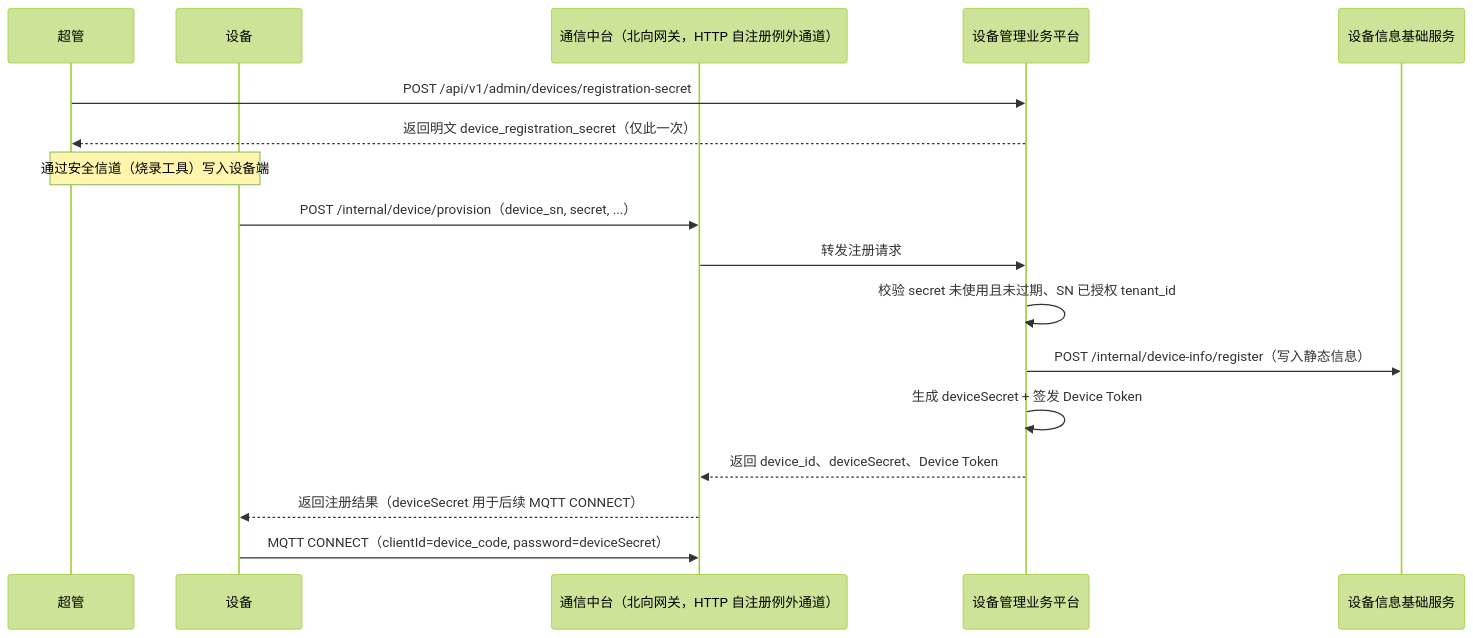
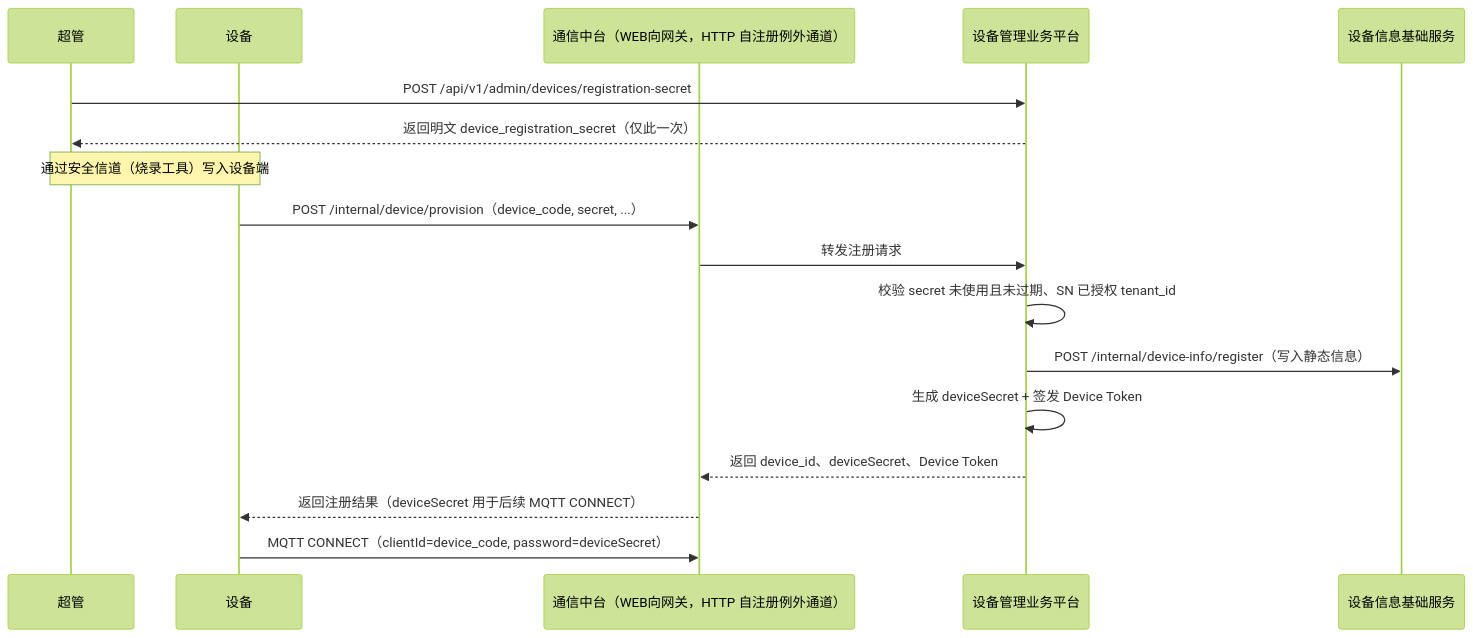
The second of 5 diagrams in docs/design/2026-07-08-device-foundation-detailed-design.md (zhenyue2021/realman), drawn with Mermaid (forest theme) before and after one commit. The commit also changed other lines of this file, not shown here.

Commit message:
Update device design document with new fields and APIs

````diff
--- a/docs/design/2026-07-08-device-foundation-detailed-design.md
+++ b/docs/design/2026-07-08-device-foundation-detailed-design.md
@@ -264,21 +265,21 @@
 ```mermaid
 sequenceDiagram
   participant Admin as 超管
   participant DEV as 设备
-  participant CH as 通信中台（北向网关，HTTP 自注册例外通道）
+  participant CH as 通信中台（WEB向网关，HTTP 自注册例外通道）
   participant MGMT as 设备管理业务平台
   participant SSOT as 设备信息基础服务
 
   Admin->>MGMT: POST /api/v1/admin/devices/registration-secret
   MGMT-->>Admin: 返回明文 device_registration_secret（仅此一次）
   Note over Admin,DEV: 通过安全信道（烧录工具）写入设备端
 
-  DEV->>CH: POST /internal/device/provision（device_sn, secret, ...）
+  DEV->>CH: POST /internal/device/provision（device_code, secret, ...）
   CH->>MGMT: 转发注册请求
   MGMT->>MGMT: 校验 secret 未使用且未过期、SN 已授权 tenant_id
   MGMT->>SSOT: POST /internal/device-info/register（写入静态信息）
   MGMT->>MGMT: 生成 deviceSecret + 签发 Device Token
   MGMT-->>CH: 返回 device_id、deviceSecret、Device Token
   CH-->>DEV: 返回注册结果（deviceSecret 用于后续 MQTT CONNECT）
   DEV->>CH: MQTT CONNECT（clientId=device_code, password=deviceSecret）
 ```
````
